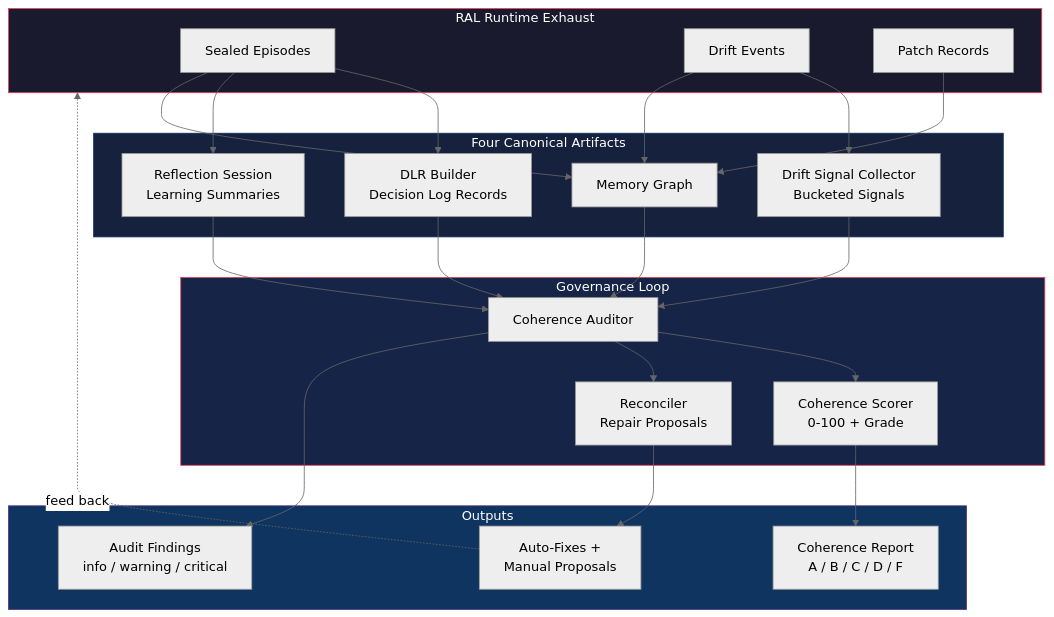
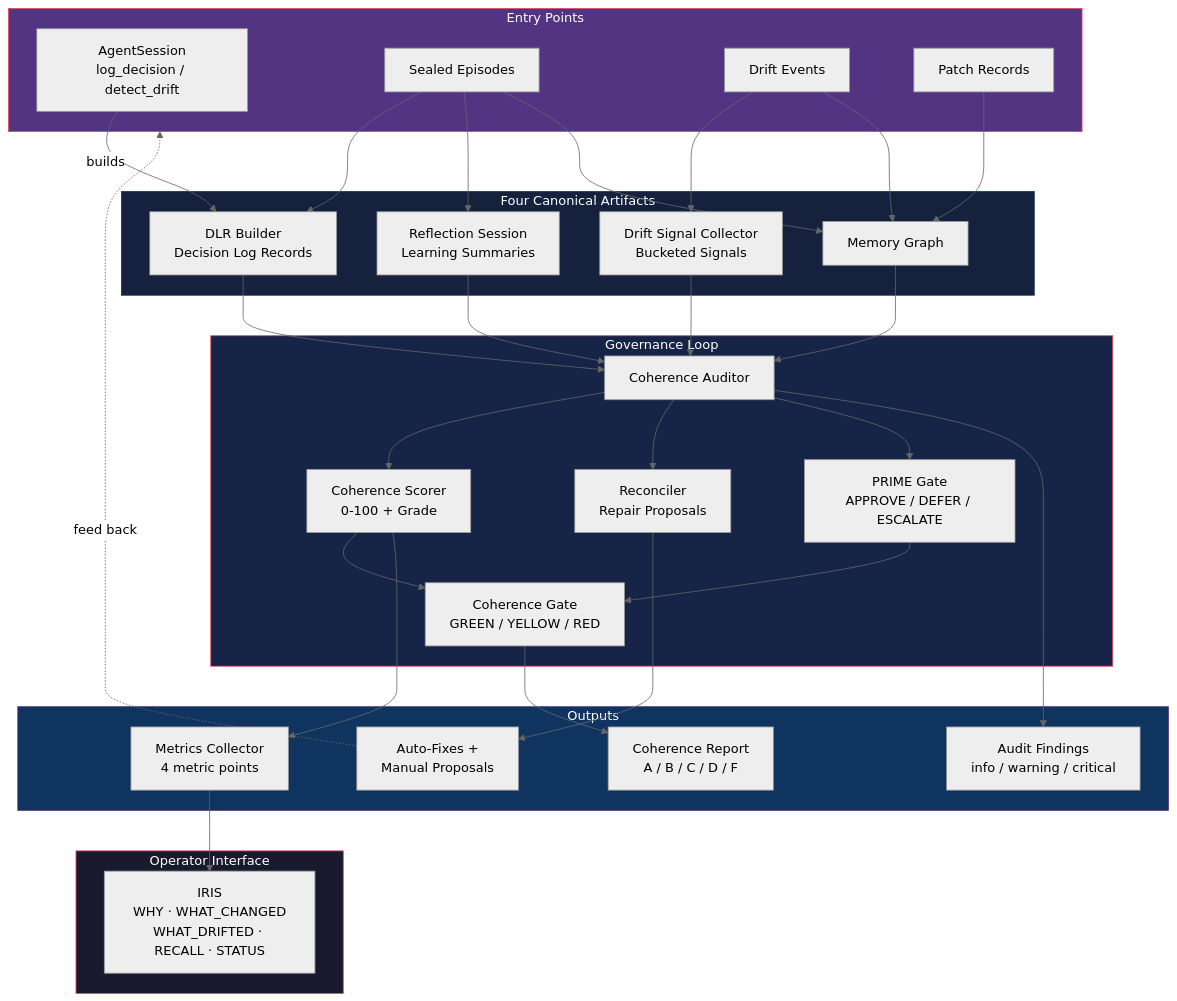
One commit to 8ryanWh1t3/DeepSigma changed the first of 2 diagrams in enterprise/docs/mermaid/06-coherence-ops-pipeline.md. Above: the diagram before and after it, drawn with Mermaid (neutral theme). The commit also changed 14 other files, not shown here.

First line of the commit message:
docs: update feature catalog, FAQ, wiki, and mermaid for phases 1-3

````diff
--- a/enterprise/docs/mermaid/06-coherence-ops-pipeline.md
+++ b/enterprise/docs/mermaid/06-coherence-ops-pipeline.md
@@ -5,39 +5,50 @@
 ```mermaid
 graph TD
-    subgraph Input["RAL Runtime Exhaust"]
+    subgraph Entry["Entry Points"]
+        AGENT[AgentSession<br/>log_decision / detect_drift]
         EP[Sealed Episodes]
         DR[Drift Events]
         PA[Patch Records]
     end
 
     subgraph Artifacts["Four Canonical Artifacts"]
+        AGENT -->|builds| DLR
         EP --> DLR[DLR Builder<br/>Decision Log Records]
         EP --> RS[Reflection Session<br/>Learning Summaries]
         DR --> DS[Drift Signal Collector<br/>Bucketed Signals]
         EP --> MG[Memory Graph]
         DR --> MG
         PA --> MG
     end
 
     subgraph Governance["Governance Loop"]
         DLR --> AUD[Coherence Auditor]
         RS --> AUD
         DS --> AUD
         MG --> AUD
         AUD --> SCORE[Coherence Scorer<br/>0-100 + Grade]
         AUD --> RECON[Reconciler<br/>Repair Proposals]
+        AUD --> PRIME[PRIME Gate<br/>APPROVE / DEFER / ESCALATE]
+        SCORE --> GATE[Coherence Gate<br/>GREEN / YELLOW / RED]
+        PRIME --> GATE
     end
 
     subgraph Output["Outputs"]
-        SCORE --> REPORT[Coherence Report<br/>A / B / C / D / F]
+        GATE --> REPORT[Coherence Report<br/>A / B / C / D / F]
         RECON --> FIXES[Auto-Fixes +<br/>Manual Proposals]
         AUD --> FINDINGS[Audit Findings<br/>info / warning / critical]
+        SCORE --> METRICS[Metrics Collector<br/>4 metric points]
     end
 
-    FIXES -.->|feed back| Input
+    subgraph Query["Operator Interface"]
+        METRICS --> IRIS[IRIS<br/>WHY · WHAT_CHANGED<br/>WHAT_DRIFTED · RECALL · STATUS]
+    end
 
-    style Input fill:#1a1a2e,stroke:#e94560,color:#fff
+    FIXES -.->|feed back| Entry
+
+    style Entry fill:#533483,stroke:#e94560,color:#fff
     style Artifacts fill:#16213e,stroke:#0f3460,color:#fff
     style Governance fill:#162447,stroke:#e94560,color:#fff
     style Output fill:#0f3460,stroke:#533483,color:#fff
+    style Query fill:#1a1a2e,stroke:#e94560,color:#fff
 ```
````
